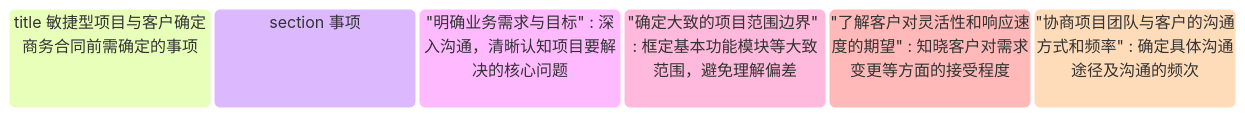
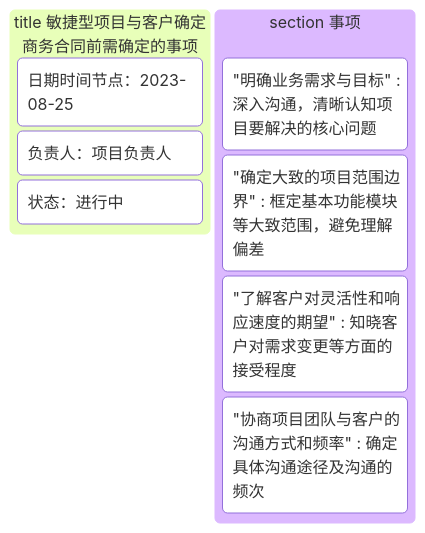
One commit to jycpp/jycpp.github.io changed the third of 3 diagrams in source/_posts/23-08-25-敏捷型软件项目从商务合同到收款开发.md. Above: the diagram before and after it, drawn with Mermaid. The commit also changed other lines of this file, not shown here.

Commit message:
更新mermaid kanban diagram的内容

````diff
--- a/source/_posts/23-08-25-敏捷型软件项目从商务合同到收款开发.md
+++ b/source/_posts/23-08-25-敏捷型软件项目从商务合同到收款开发.md
@@ -108,9 +111,12 @@
 ```mermaid
 kanban
     title 敏捷型项目与客户确定商务合同前需确定的事项
+     日期时间节点：2023-08-25
+     负责人：项目负责人
+     状态：进行中
     section 事项
-    "明确业务需求与目标" : 深入沟通，清晰认知项目要解决的核心问题
-    "确定大致的项目范围边界" : 框定基本功能模块等大致范围，避免理解偏差
-    "了解客户对灵活性和响应速度的期望" : 知晓客户对需求变更等方面的接受程度
-    "协商项目团队与客户的沟通方式和频率" : 确定具体沟通途径及沟通的频次
+     "明确业务需求与目标" : 深入沟通，清晰认知项目要解决的核心问题
+     "确定大致的项目范围边界" : 框定基本功能模块等大致范围，避免理解偏差
+     "了解客户对灵活性和响应速度的期望" : 知晓客户对需求变更等方面的接受程度
+     "协商项目团队与客户的沟通方式和频率" : 确定具体沟通途径及沟通的频次
 ```
````
